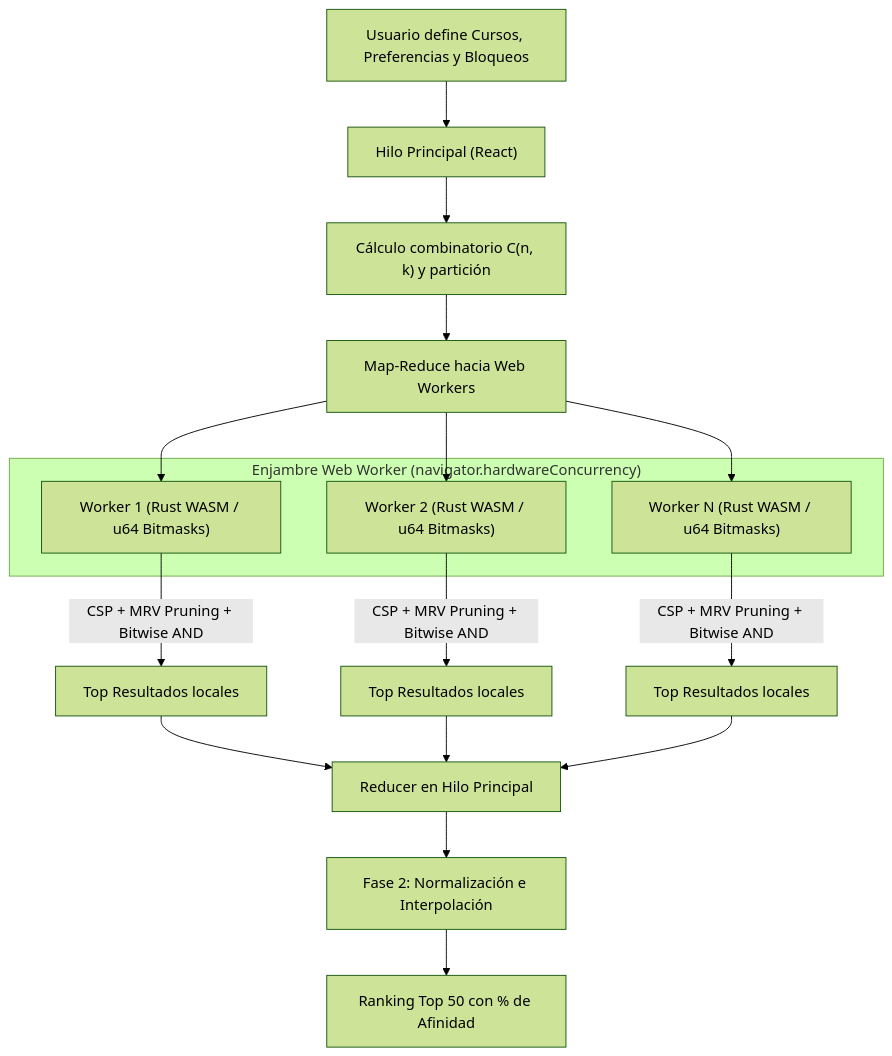
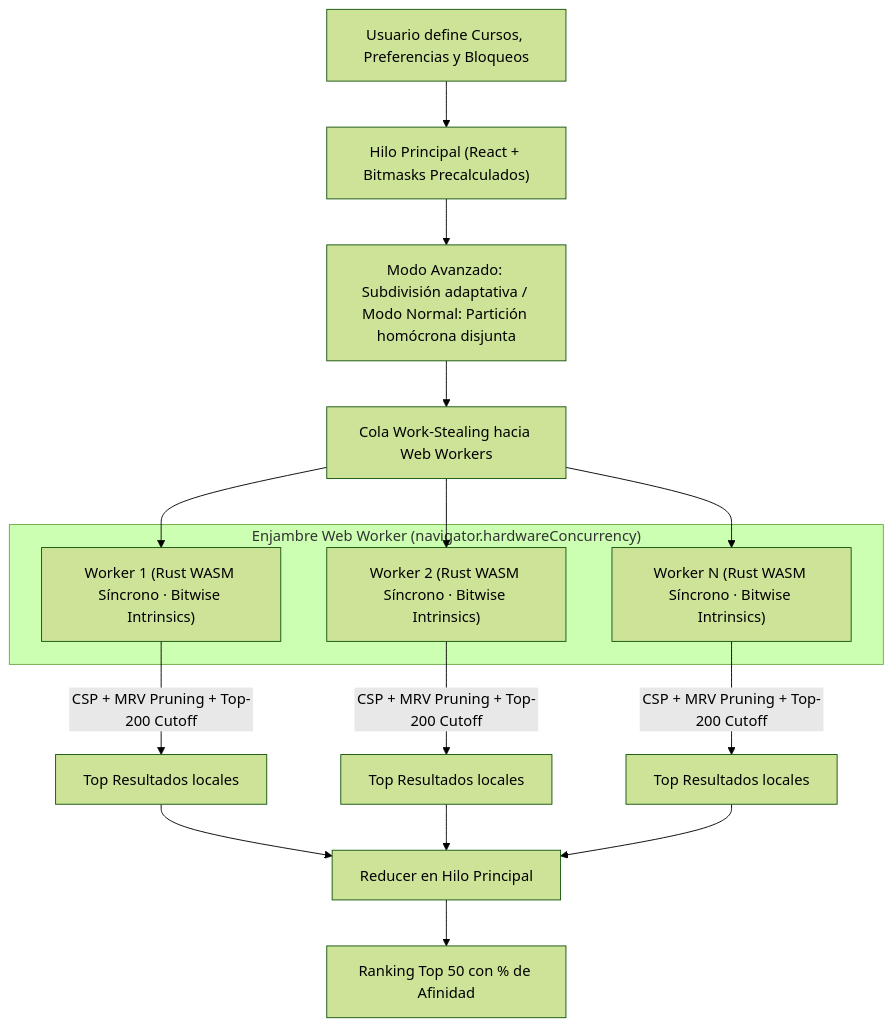
The first of 2 diagrams in README.md (farsep/utec-scheduler), drawn with Mermaid (forest theme) before and after one commit. The commit also changed other lines of this file and 7 other files, not shown here.

Commit message:
perf(quantum,ci,docs): synchronous Rust WASM solver, multi-core normal/advanced sharding, README & CI updates

````diff
--- a/README.md
+++ b/README.md
@@ -122,27 +122,26 @@
 ```mermaid
 flowchart TD
-    A["Usuario define Cursos, Preferencias y Bloqueos"] --> B["Hilo Principal (React)"]
-    B --> C["Cálculo combinatorio C(n, k) y partición"]
-    C --> D["Map-Reduce hacia Web Workers"]
+    A["Usuario define Cursos, Preferencias y Bloqueos"] --> B["Hilo Principal (React + Bitmasks Precalculados)"]
+    B --> C["Modo Avanzado: Subdivisión adaptativa / Modo Normal: Partición homócrona disjunta"]
+    C --> D["Cola Work-Stealing hacia Web Workers"]
 
     subgraph Swarm ["Enjambre Web Worker (navigator.hardwareConcurrency)"]
-        W1["Worker 1 (Rust WASM / u64 Bitmasks)"]
-        W2["Worker 2 (Rust WASM / u64 Bitmasks)"]
-        WN["Worker N (Rust WASM / u64 Bitmasks)"]
+        W1["Worker 1 (Rust WASM Síncrono · Bitwise Intrinsics)"]
+        W2["Worker 2 (Rust WASM Síncrono · Bitwise Intrinsics)"]
+        WN["Worker N (Rust WASM Síncrono · Bitwise Intrinsics)"]
     end
 
     D --> W1
     D --> W2
     D --> WN
 
-    W1 -->|CSP + MRV Pruning + Bitwise AND| R1["Top Resultados locales"]
-    W2 -->|CSP + MRV Pruning + Bitwise AND| R2["Top Resultados locales"]
-    WN -->|CSP + MRV Pruning + Bitwise AND| RN["Top Resultados locales"]
+    W1 -->|CSP + MRV Pruning + Top-200 Cutoff| R1["Top Resultados locales"]
+    W2 -->|CSP + MRV Pruning + Top-200 Cutoff| R2["Top Resultados locales"]
+    WN -->|CSP + MRV Pruning + Top-200 Cutoff| RN["Top Resultados locales"]
 
     R1 --> RED["Reducer en Hilo Principal"]
     R2 --> RED
     RN --> RED
 
-    RED --> E["Fase 2: Normalización e Interpolación"]
-    E --> F["Ranking Top 50 con % de Afinidad"]
+    RED --> F["Ranking Top 50 con % de Afinidad"]
 ```
````
